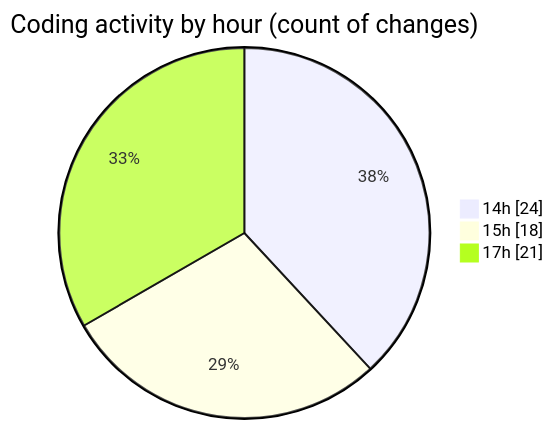
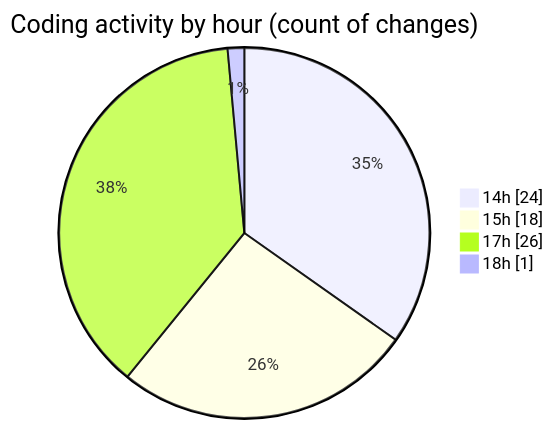
One commit to Elitesun/code-tracking changed the second of 2 diagrams in 2025-04-22/indesign/README.md. Above: the diagram before and after it, drawn with Mermaid. The commit also changed other lines of this file and 1 other file, not shown here.

````diff
--- a/2025-04-22/indesign/README.md
+++ b/2025-04-22/indesign/README.md
@@ -44,7 +44,8 @@
 ```mermaid
 pie showData
 title Coding activity by hour (count of changes)
 "14h" : 24
 "15h" : 18
-"17h" : 21
+"17h" : 26
+"18h" : 1
 ```
````
